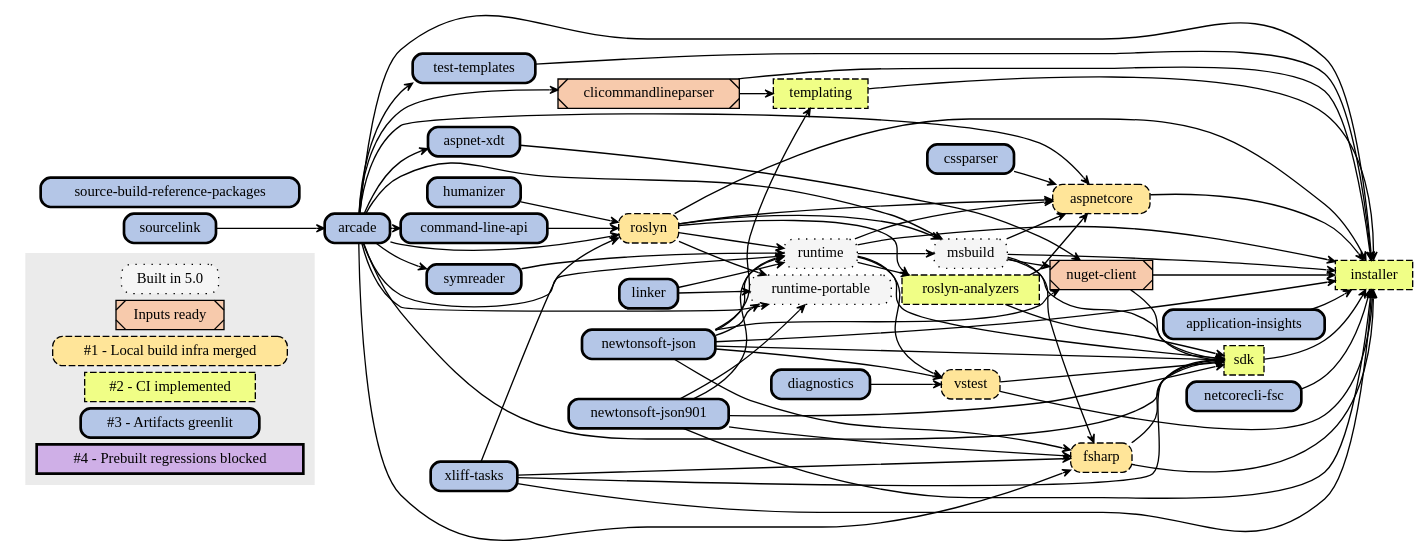
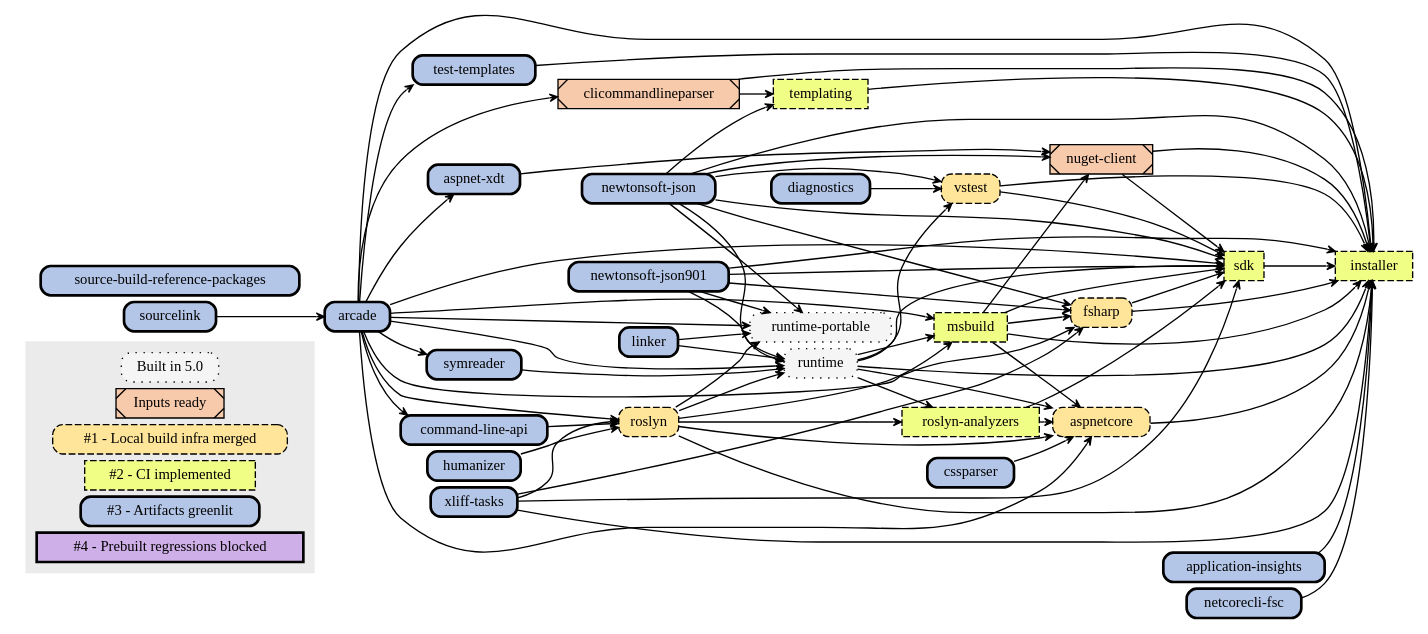
The diagram in Documentation/planning/arcade-powered-source-build/img/implementation-plan-graph.dot (dotnet/source-build), drawn with Graphviz before and after one commit. The commit also changed other lines of this file, not shown here.

```diff
--- a/Documentation/planning/arcade-powered-source-build/img/implementation-plan-graph.dot
+++ b/Documentation/planning/arcade-powered-source-build/img/implementation-plan-graph.dot
@@ -1,147 +1,147 @@
 // dot.exe implementation-plan-graph.dot -Tsvg -o implementation-plan-graph.svg
 
 digraph {
 node[
   shape=rect
   width=0 height=0 margin=0.07
   style=filled
   fontsize=11]
 edge[
   penwidth=1
   arrowsize=0.6
   arrowhead=vee
   pencolor="#444444"]
 rankdir=LR
 nodesep=0.07
 ranksep=0.08
 
 node [fillcolor="#F5F5F5",style="dotted,filled,rounded",tooltip="Built"]
 "pre0"[label="Built in 5.0"]
-"msbuild"
 "runtime-portable"
 "runtime"
 
 node [fillcolor="#F7CAAC",style="filled,diagonals",tooltip="Inputs ready"]
 "pre1"[label="Inputs ready"]
 "clicommandlineparser"
 "nuget-client"
 
 node [fillcolor="#FFE599",style="dashed,filled,rounded",tooltip="1"]
 "s1"[label="#1 - Local build infra merged"]
 "aspnetcore"
 "fsharp"
 "roslyn"
 "vstest"
 
 node [fillcolor="#F0FE86",style="dashed,filled",tooltip="2"]
 "s2"[label="#2 - CI implemented"]
 "installer"
+"msbuild"
 "roslyn-analyzers"
 "sdk"
 "templating"
 
 node [fillcolor="#B4C6E7",style="bold,filled,rounded",tooltip="3"]
 "s3"[label="#3 - Artifacts greenlit"]
 "application-insights"
 "arcade"
 "aspnet-xdt"
 "command-line-api"
 "cssparser"
 "diagnostics"
 "humanizer"
 "linker"
 "netcorecli-fsc"
 "newtonsoft-json"
 "newtonsoft-json901"
 "source-build-reference-packages"
 "sourcelink"
 "symreader"
 "test-templates"
 "xliff-tasks"
 
 node [fillcolor="#CFAFE7",style="bold,filled",tooltip="4"]
 "s4"[label="#4 - Prebuilt regressions blocked"]
 
 // Color all future nodes red. All nodes should be accounted for: red means they need a category.
 node [fillcolor="#FF0000",style=filled]
 
 subgraph clusterLegend {
   style=filled
   color="#ebebeb"
   "pre0" "pre1" "s1" "s2" "s3" "s4"
 }
 
 // Remaining text created by generate-graphviz.proj based on repos/*.proj:
 "sourcelink" -> "arcade"
 "arcade" -> "aspnet-xdt"
 "arcade" -> "aspnetcore"
 "cssparser" -> "aspnetcore"
 "runtime" -> "aspnetcore"
 "msbuild" -> "aspnetcore"
 "roslyn" -> "aspnetcore"
 "roslyn-analyzers" -> "aspnetcore"
 "arcade" -> "clicommandlineparser"
 "arcade" -> "command-line-api"
 "arcade" -> "fsharp"
 "msbuild" -> "fsharp"
 "newtonsoft-json901" -> "fsharp"
 "newtonsoft-json" -> "fsharp"
 "xliff-tasks" -> "fsharp"
 "application-insights" -> "installer"
 "arcade" -> "installer"
 "aspnetcore" -> "installer"
 "clicommandlineparser" -> "installer"
 "fsharp" -> "installer"
 "msbuild" -> "installer"
 "netcorecli-fsc" -> "installer"
 "newtonsoft-json" -> "installer"
 "newtonsoft-json901" -> "installer"
 "nuget-client" -> "installer"
 "roslyn" -> "installer"
 "runtime" -> "installer"
 "sdk" -> "installer"
 "templating" -> "installer"
 "test-templates" -> "installer"
 "vstest" -> "installer"
 "xliff-tasks" -> "installer"
 "arcade" -> "msbuild"
 "runtime" -> "msbuild"
 "roslyn" -> "msbuild"
 "newtonsoft-json" -> "nuget-client"
 "msbuild" -> "nuget-client"
 "aspnet-xdt" -> "nuget-client"
 "runtime" -> "roslyn-analyzers"
 "roslyn" -> "roslyn-analyzers"
 "arcade" -> "roslyn"
 "command-line-api" -> "roslyn"
 "humanizer" -> "roslyn"
 "xliff-tasks" -> "roslyn"
 "arcade" -> "runtime-portable"
 "linker" -> "runtime-portable"
 "newtonsoft-json" -> "runtime-portable"
 "newtonsoft-json901" -> "runtime-portable"
 "roslyn" -> "runtime-portable"
 "arcade" -> "runtime"
 "symreader" -> "runtime"
 "linker" -> "runtime"
 "newtonsoft-json" -> "runtime"
 "newtonsoft-json901" -> "runtime"
 "roslyn" -> "runtime"
 "arcade" -> "sdk"
 "xliff-tasks" -> "sdk"
 "runtime" -> "sdk"
 "msbuild" -> "sdk"
 "newtonsoft-json" -> "sdk"
 "newtonsoft-json901" -> "sdk"
 "nuget-client" -> "sdk"
 "roslyn-analyzers" -> "sdk"
 "vstest" -> "sdk"
 "fsharp" -> "sdk"
 "arcade" -> "symreader"
 "clicommandlineparser" -> "templating"
 "newtonsoft-json" -> "templating"
 "arcade" -> "test-templates"
 "diagnostics" -> "vstest"
 "runtime" -> "vstest"
 "newtonsoft-json" -> "vstest"
 }
```
